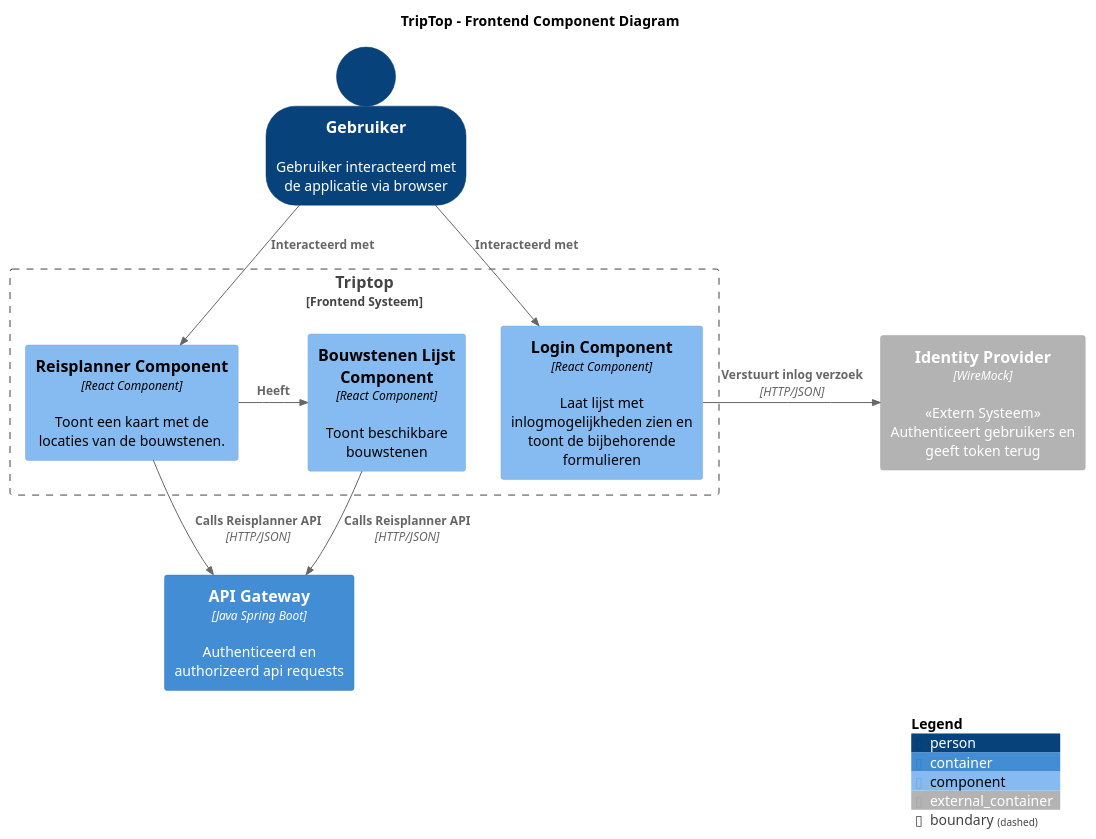
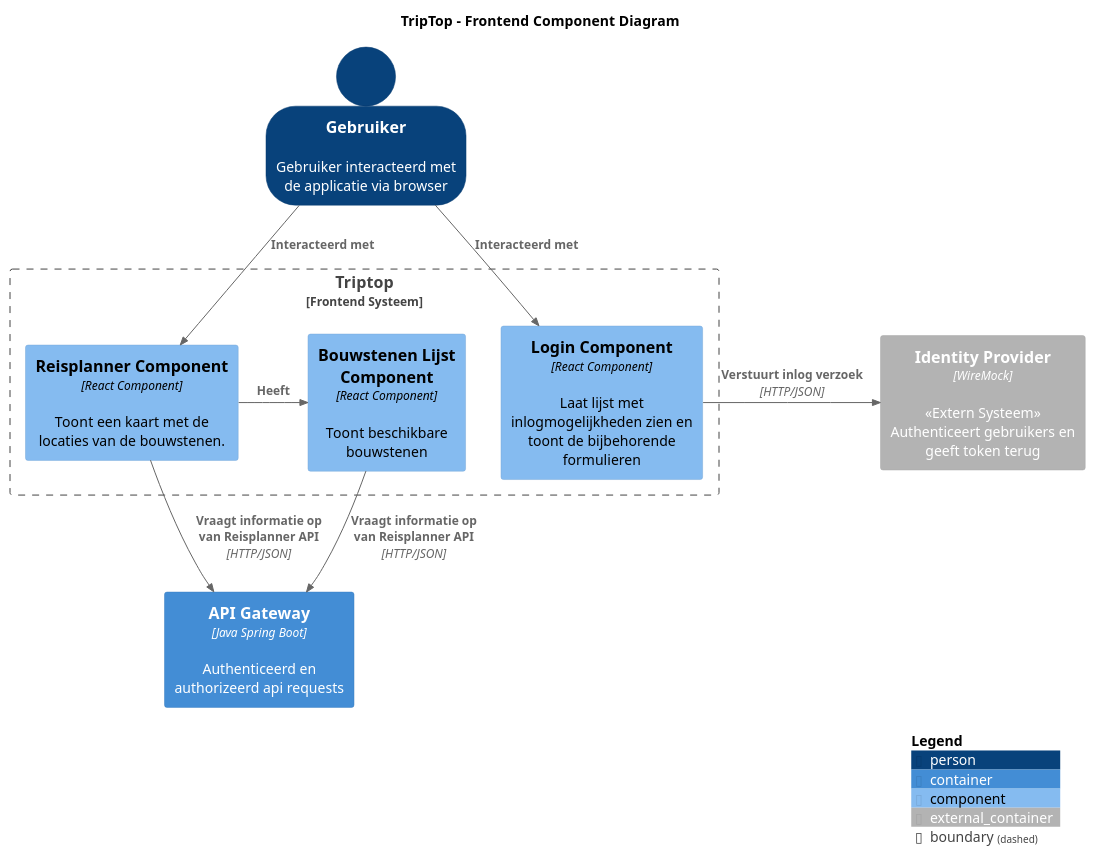
One commit to AIM-ENE-feb25/triptop-groep-1-met-third-wheel changed the diagram in diagram/component/frontendComponentDiagram.puml. Above: the diagram before and after it, drawn with PlantUML. The commit also changed 13 other files, not shown here.

Commit message:
Update diagrammen + SGB

```diff
--- a/diagram/component/frontendComponentDiagram.puml
+++ b/diagram/component/frontendComponentDiagram.puml
@@ -1,29 +1,29 @@
 @startuml
 !include <C4/C4_Component>
 
 title TripTop - Frontend Component Diagram
 SHOW_PERSON_OUTLINE()
 
 Person(user, Gebruiker, "Gebruiker interacteerd met de applicatie via browser")
 
 Boundary(system, "Triptop", "Frontend Systeem") {
     Component(loginComponent, "Login Component", React Component, "Laat lijst met inlogmogelijkheden zien en toont de bijbehorende formulieren")
     Component(reisplannerComponent, "Reisplanner Component", React Component, "Toont een kaart met de locaties van de bouwstenen.")
     Component(bouwstenenLijstComponent, "Bouwstenen Lijst Component", React Component, "Toont beschikbare bouwstenen")
 }
 
 Rel(user, reisplannerComponent, "Interacteerd met")
 Rel(user, loginComponent, "Interacteerd met")
 
 Container(api_gateway, API Gateway, Java Spring Boot, Authenticeerd en authorizeerd api requests)
 Container_Ext(id_provider, "Identity Provider", WireMock, "<<Extern Systeem>>\nAuthenticeert gebruikers en geeft token terug")
 
 Rel_R(loginComponent, id_provider, "Verstuurt inlog verzoek", "HTTP/JSON")
-Rel(reisplannerComponent, api_gateway, "Calls Reisplanner API", "HTTP/JSON")
+Rel(reisplannerComponent, api_gateway, "Vraagt informatie op van Reisplanner API", "HTTP/JSON")
 Rel_R(reisplannerComponent, bouwstenenLijstComponent, "Heeft")
-Rel(bouwstenenLijstComponent, api_gateway, "Calls Reisplanner API", "HTTP/JSON")
+Rel(bouwstenenLijstComponent, api_gateway, "Vraagt informatie op van Reisplanner API", "HTTP/JSON")
 
 
 SHOW_LEGEND()
 
 @enduml
```
